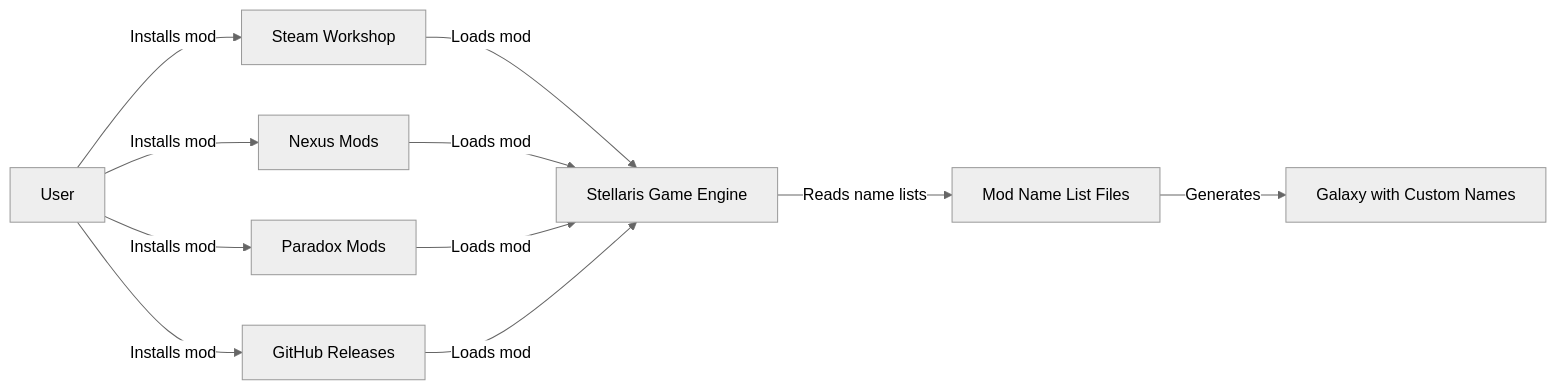
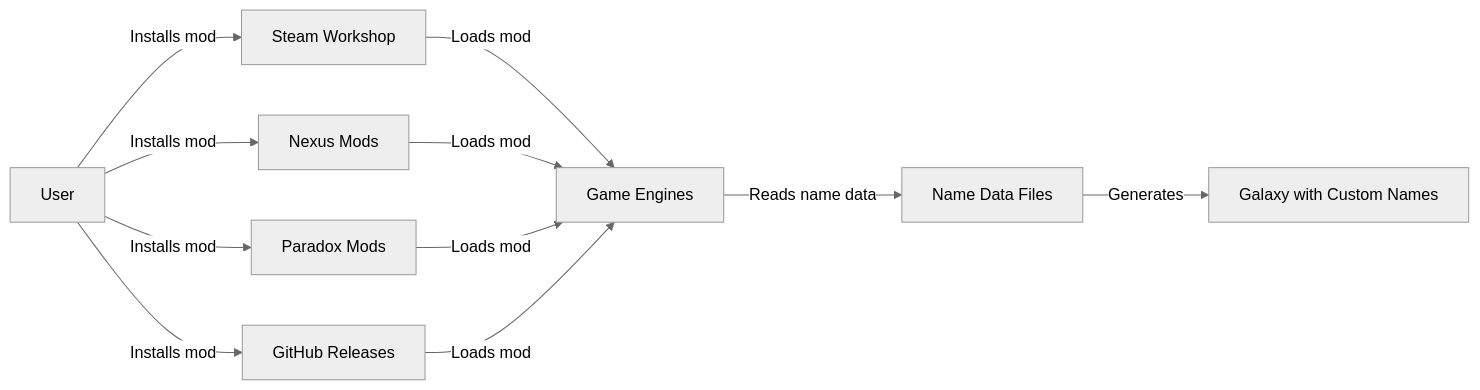
One commit to hmlendea/stellaris-ui-star-names changed the first of 5 diagrams in ARCHITECTURE.md. Above: the diagram before and after it, drawn with Mermaid (neutral theme). The commit also changed other lines of this file and 14 other files, not shown here.

````diff
--- a/ARCHITECTURE.md
+++ b/ARCHITECTURE.md
@@ -31,13 +31,13 @@
 ```mermaid
 flowchart LR
     User[User] -->|Installs mod| Steam[Steam Workshop]
     User -->|Installs mod| Nexus[Nexus Mods]
     User -->|Installs mod| Paradox[Paradox Mods]
     User -->|Installs mod| GitHub[GitHub Releases]
-    Steam -->|Loads mod| Stellaris[Stellaris Game Engine]
-    Nexus -->|Loads mod| Stellaris
-    Paradox -->|Loads mod| Stellaris
-    GitHub -->|Loads mod| Stellaris
-    Stellaris -->|Reads name lists| ModFiles[Mod Name List Files]
+    Steam -->|Loads mod| Games[Game Engines]
+    Nexus -->|Loads mod| Games
+    Paradox -->|Loads mod| Games
+    GitHub -->|Loads mod| Games
+    Games -->|Reads name data| ModFiles[Name Data Files]
     ModFiles -->|Generates| Galaxy[Galaxy with Custom Names]
 ```
````
